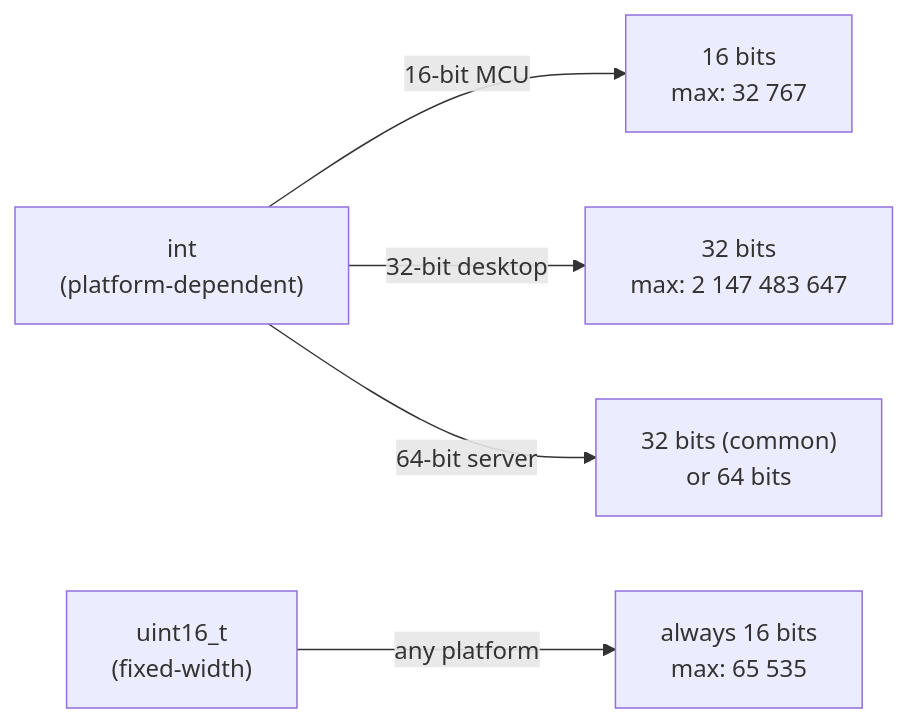
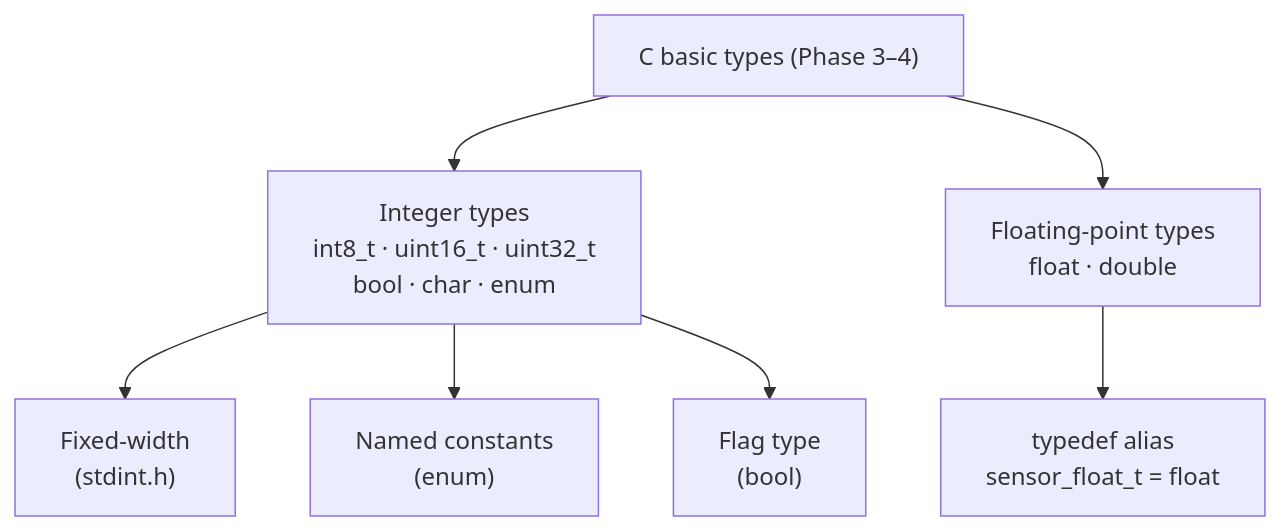
One commit to deanvons/Calypso changed the second of 2 diagrams in README.md. Above: the diagram before and after it, drawn with Mermaid. The commit also changed other lines of this file, not shown here.

Commit message:
DOCS: add phase-04 README

````diff
--- a/README.md
+++ b/README.md
@@ -112,7 +184,10 @@
 ```mermaid
-flowchart LR
-    A["int\n(platform-dependent)"] -->|"16-bit MCU"| B["16 bits\nmax: 32 767"]
-    A -->|"32-bit desktop"| C["32 bits\nmax: 2 147 483 647"]
-    A -->|"64-bit server"| D["32 bits (common)\nor 64 bits"]
-    E["uint16_t\n(fixed-width)"] -->|"any platform"| F["always 16 bits\nmax: 65 535"]
+flowchart TD
+    A["C basic types (Phase 3–4)"]
+    A --> B["Integer types\nint8_t · uint16_t · uint32_t\nbool · char · enum"]
+    A --> C["Floating-point types\nfloat · double"]
+    B --> D["Fixed-width\n(stdint.h)"]
+    B --> E["Named constants\n(enum)"]
+    B --> F["Flag type\n(bool)"]
+    C --> G["typedef alias\nsensor_float_t = float"]
 ```
````
